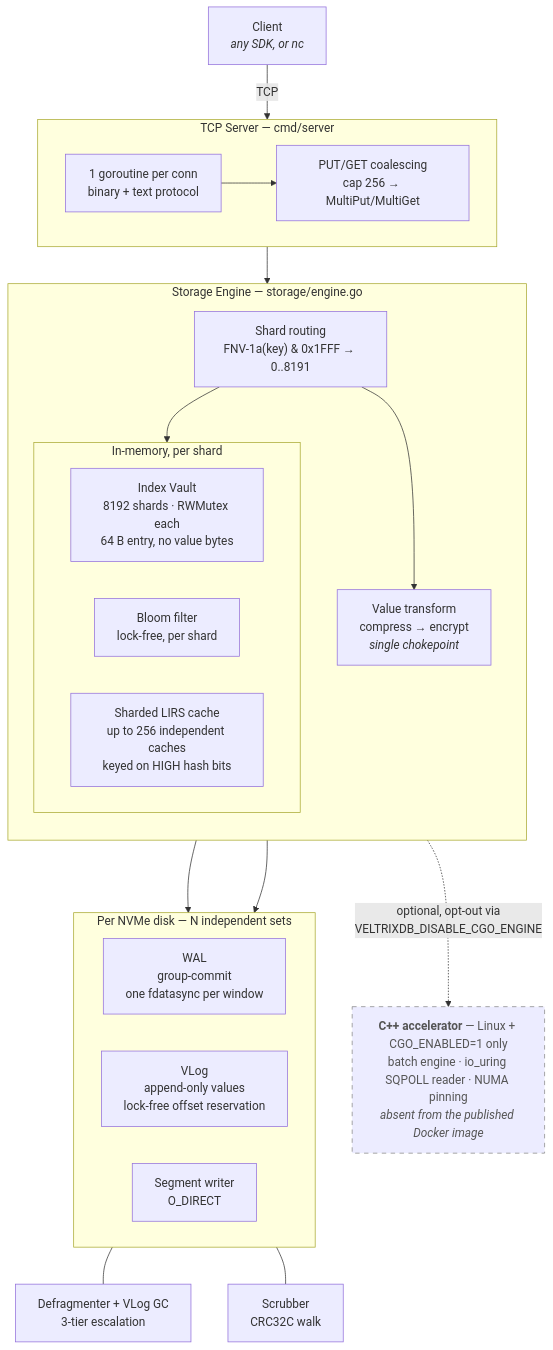
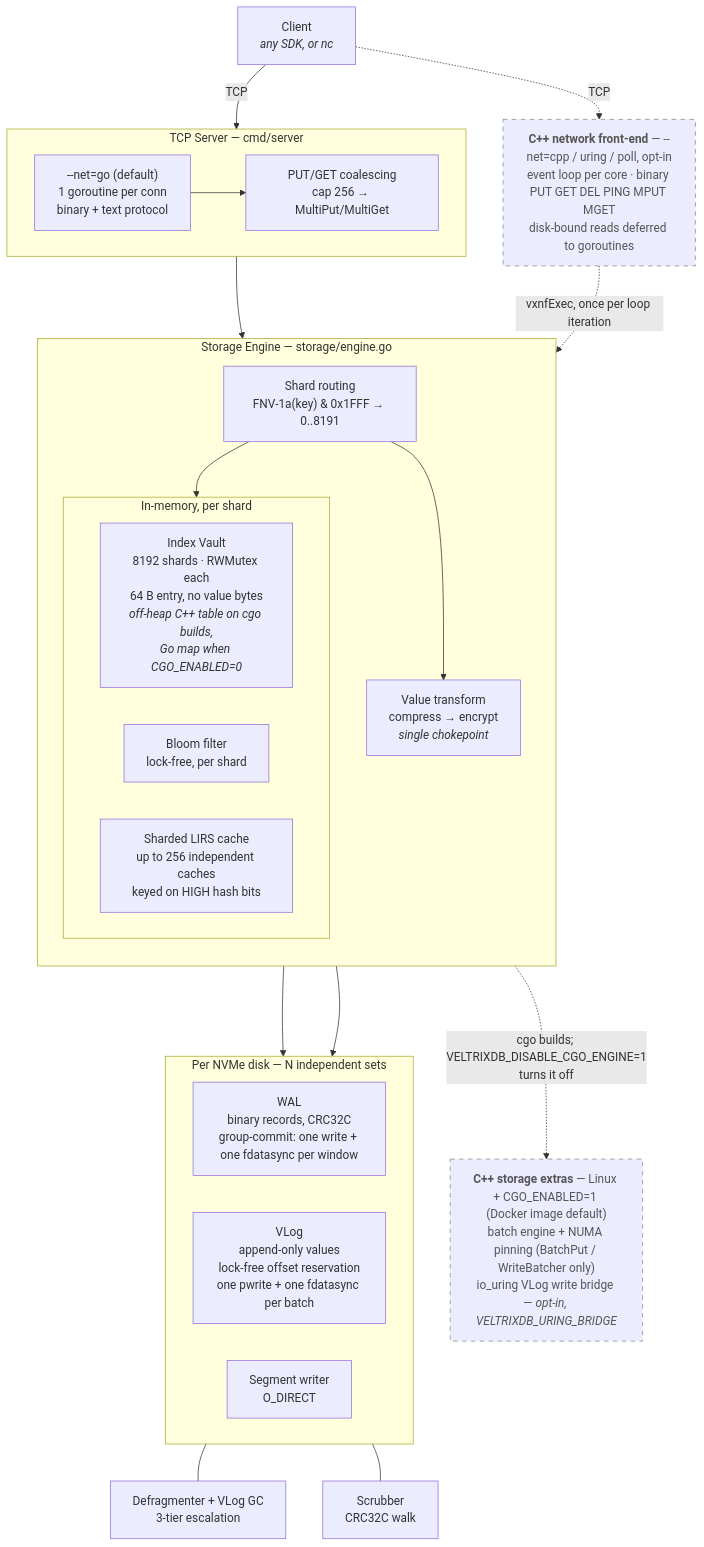
Before and after one commit to VeltrixDB/VeltrixDB: the first of 4 diagrams in ARCHITECTURE.md, drawn with Mermaid. The commit also changed other lines of this file and 31 other files, not shown here.

````diff
--- a/ARCHITECTURE.md
+++ b/ARCHITECTURE.md
@@ -11,50 +13,53 @@
 ```mermaid
 flowchart TB
     CL["Client<br/><i>any SDK, or nc</i>"]
 
     subgraph SRV["TCP Server — cmd/server"]
         direction LR
-        CONN["1 goroutine per conn<br/>binary + text protocol"]
+        CONN["--net=go (default)<br/>1 goroutine per conn<br/>binary + text protocol"]
         COAL["PUT/GET coalescing<br/>cap 256 → MultiPut/MultiGet"]
         CONN --> COAL
     end
 
     subgraph ENG["Storage Engine — storage/engine.go"]
         direction TB
         ROUTE["Shard routing<br/>FNV-1a(key) &amp; 0x1FFF → 0..8191"]
 
         subgraph MEM["In-memory, per shard"]
             direction LR
-            IDX["Index Vault<br/>8192 shards · RWMutex each<br/>64 B entry, no value bytes"]
+            IDX["Index Vault<br/>8192 shards · RWMutex each<br/>64 B entry, no value bytes<br/><i>off-heap C++ table on cgo builds,<br/>Go map when CGO_ENABLED=0</i>"]
             BLM["Bloom filter<br/>lock-free, per shard"]
             CSH["Sharded LIRS cache<br/>up to 256 independent caches<br/>keyed on HIGH hash bits"]
         end
 
         XF["Value transform<br/>compress → encrypt<br/><i>single chokepoint</i>"]
         ROUTE --> MEM
         ROUTE --> XF
     end
 
     subgraph DISK["Per NVMe disk — N independent sets"]
         direction LR
-        WAL["WAL<br/>group-commit<br/>one fdatasync per window"]
-        VLOG["VLog<br/>append-only values<br/>lock-free offset reservation"]
+        WAL["WAL<br/>binary records, CRC32C<br/>group-commit: one write + one fdatasync per window"]
+        VLOG["VLog<br/>append-only values<br/>lock-free offset reservation<br/>one pwrite + one fdatasync per batch"]
         SEG["Segment writer<br/>O_DIRECT"]
     end
 
     GC["Defragmenter + VLog GC<br/>3-tier escalation"]
     SCRUB["Scrubber<br/>CRC32C walk"]
 
-    CPP["<b>C++ accelerator</b> — Linux + CGO_ENABLED=1 only<br/>batch engine · io_uring SQPOLL reader · NUMA pinning<br/><i>absent from the published Docker image</i>"]
+    CPP["<b>C++ storage extras</b> — Linux + CGO_ENABLED=1 (Docker image default)<br/>batch engine + NUMA pinning (BatchPut / WriteBatcher only)<br/>io_uring VLog write bridge — <i>opt-in, VELTRIXDB_URING_BRIDGE</i>"]
+    NETF["<b>C++ network front-end</b> — --net=cpp / uring / poll, opt-in<br/>event loop per core · binary PUT GET DEL PING MPUT MGET<br/>disk-bound reads deferred to goroutines"]
 
     CL -->|TCP| SRV
+    CL -.->|TCP| NETF
     SRV --> ENG
+    NETF -.->|"vxnfExec, once per loop iteration"| ENG
     XF --> VLOG
     ROUTE --> WAL
     DISK --- GC
     DISK --- SCRUB
-    ENG -.->|"optional, opt-out via<br/>VELTRIXDB_DISABLE_CGO_ENGINE"| CPP
+    ENG -.->|"cgo builds; VELTRIXDB_DISABLE_CGO_ENGINE=1<br/>turns it off"| CPP
 
     classDef opt stroke-dasharray:6 6,stroke:#888,color:#555
-    class CPP opt
+    class CPP,NETF opt
 ```
````
